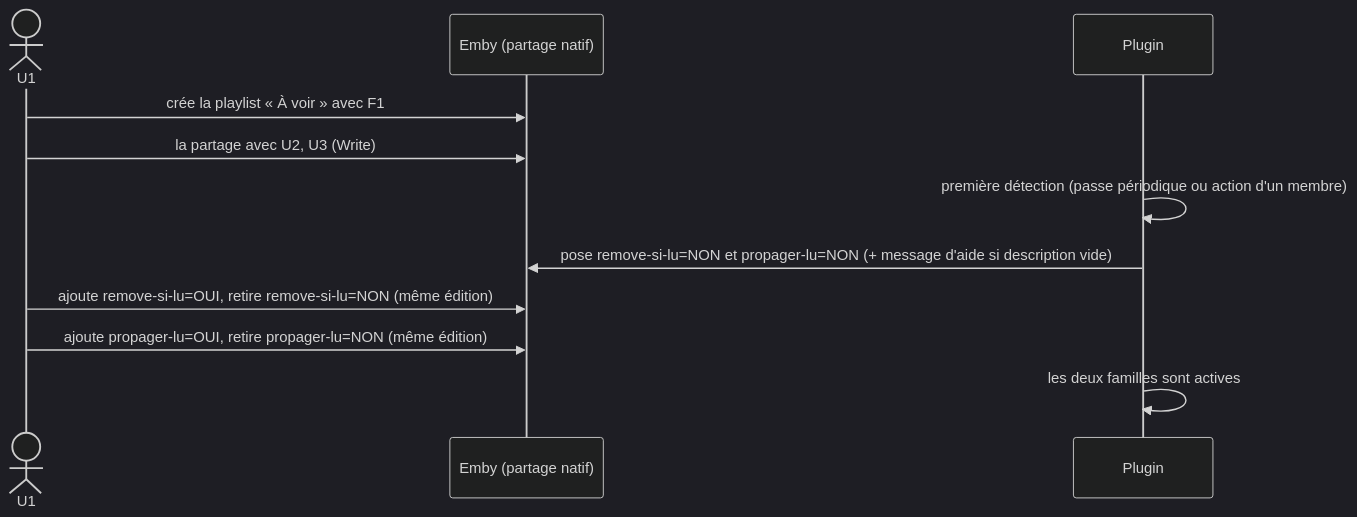
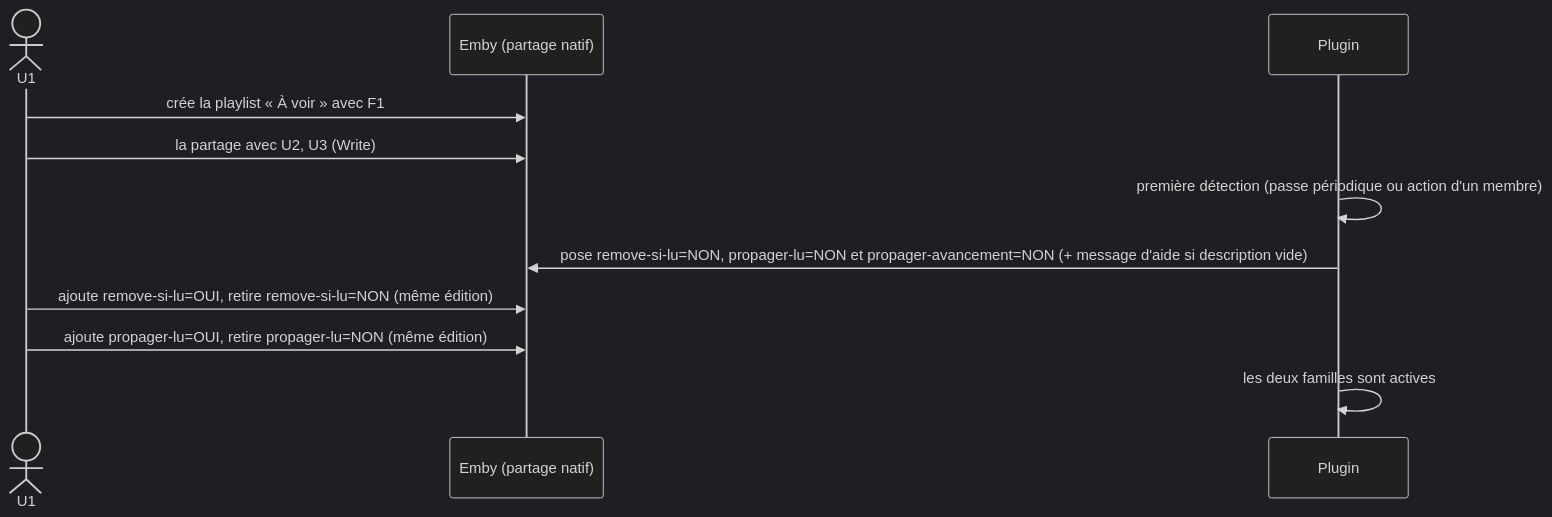
Before and after one commit to CCoupel/Emby_PlaySync: the first of 7 diagrams in docs/chronogrammes.md, drawn with Mermaid (dark theme). The commit also changed other lines of this file and 5 other files, not shown here.

````diff
--- a/docs/chronogrammes.md
+++ b/docs/chronogrammes.md
@@ -180,13 +216,13 @@
 ```mermaid
 sequenceDiagram
     actor U1
     participant E as Emby (partage natif)
     participant P as Plugin
     U1->>E: crée la playlist « À voir » avec F1
     U1->>E: la partage avec U2, U3 (Write)
     P->>P: première détection (passe périodique ou action d'un membre)
-    P->>E: pose remove-si-lu=NON et propager-lu=NON (+ message d'aide si description vide)
+    P->>E: pose remove-si-lu=NON, propager-lu=NON et propager-avancement=NON (+ message d'aide si description vide)
     U1->>E: ajoute remove-si-lu=OUI, retire remove-si-lu=NON (même édition)
     U1->>E: ajoute propager-lu=OUI, retire propager-lu=NON (même édition)
     P->>P: les deux familles sont actives
 ```
````
